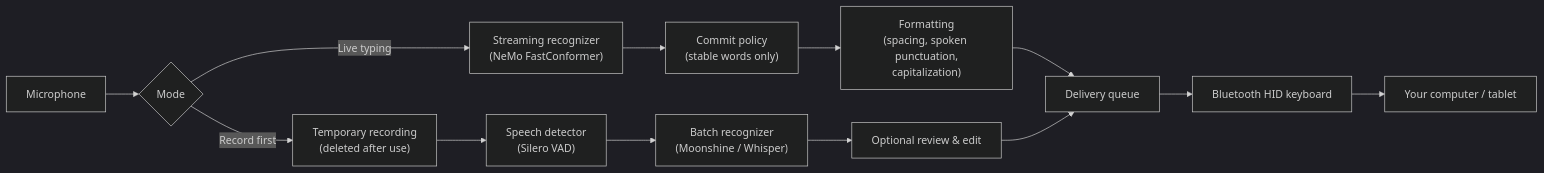
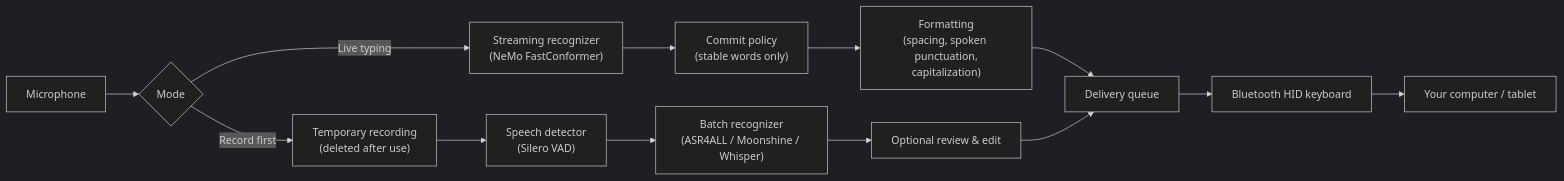
One commit to ShrinathN/EasyTranscriber changed the diagram in README.md. Above: the diagram before and after it, drawn with Mermaid (dark theme). The commit also changed other lines of this file and 20 other files, not shown here.

First line of the commit message:
Add ASR4ALL models, pause auto-stop and Models screen

````diff
--- a/README.md
+++ b/README.md
@@ -67,15 +67,15 @@
 ```mermaid
 flowchart LR
     Mic[Microphone] --> Mode{Mode}
     Mode -->|Live typing| Stream["Streaming recognizer<br/>(NeMo FastConformer)"]
     Stream --> Commit["Commit policy<br/>(stable words only)"]
     Commit --> Format["Formatting<br/>(spacing, spoken punctuation,<br/>capitalization)"]
     Mode -->|Record first| Wav["Temporary recording<br/>(deleted after use)"]
     Wav --> VAD["Speech detector<br/>(Silero VAD)"]
-    VAD --> Batch["Batch recognizer<br/>(Moonshine / Whisper)"]
+    VAD --> Batch["Batch recognizer<br/>(ASR4ALL / Moonshine / Whisper)"]
     Batch --> Review["Optional review & edit"]
     Format --> Queue["Delivery queue"]
     Review --> Queue
     Queue --> HID["Bluetooth HID keyboard"]
     HID --> Host["Your computer / tablet"]
 ```
````
